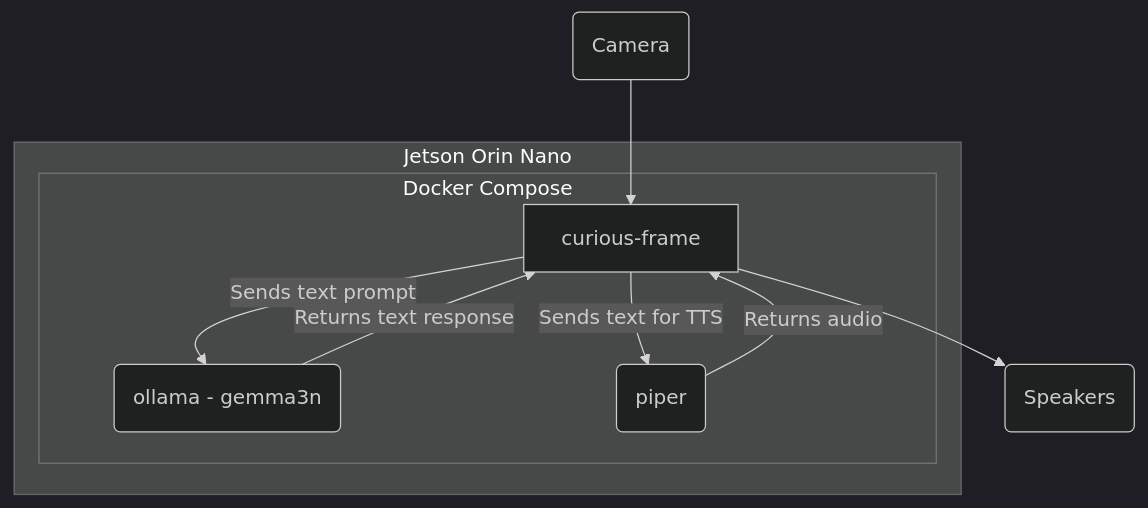
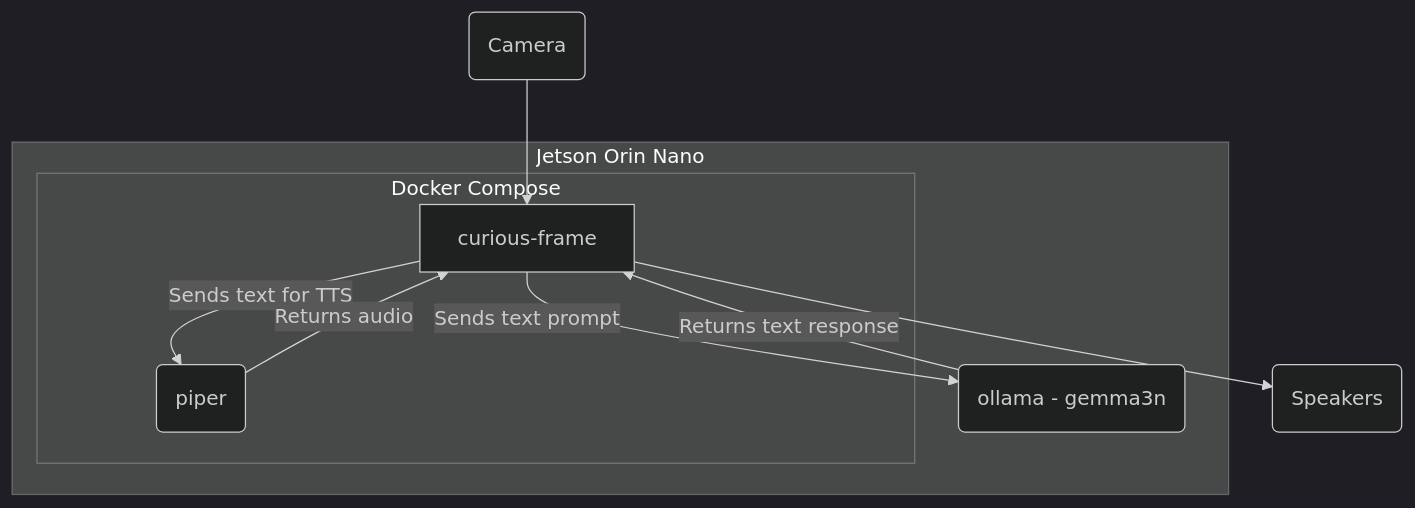
The first of 2 diagrams in README.md (webscit/curious-frame), drawn with Mermaid (dark theme) before and after one commit. The commit also changed other lines of this file, not shown here.

Commit message:
Fix architecture diagram

````diff
--- a/README.md
+++ b/README.md
@@ -96,14 +96,14 @@
 ```mermaid
 graph TD
     subgraph Jetson Orin Nano
         subgraph Docker Compose
-            A[curious-frame] -->|Sends text prompt| B(ollama - gemma3n)
-            B -->|Returns text response| A
-            A -->|Sends text for TTS| C(piper)
+            A[curious-frame] -->|Sends text for TTS| C(piper)
             C -->|Returns audio| A
         end
+        A -->|Sends text prompt| B(ollama - gemma3n)
+        B -->|Returns text response| A
     end
 
     D(Camera) --> A
     A --> E(Speakers)
 ```
````
